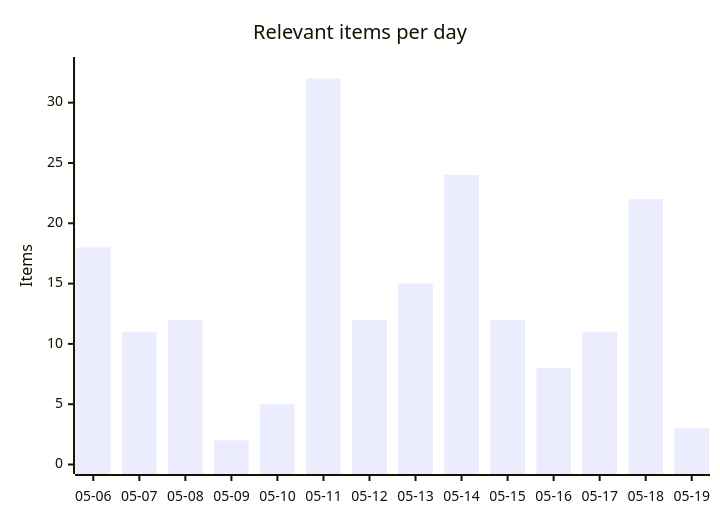
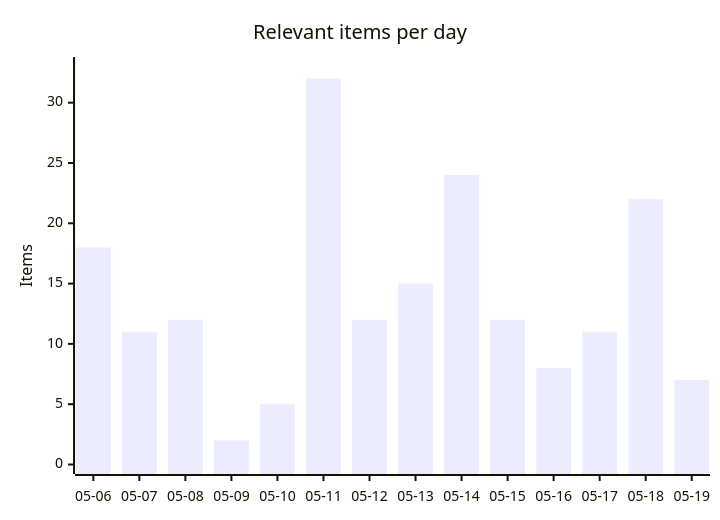
Before and after one commit to martinbalfanz/social-scanner-reports: the first of 4 diagrams in README.md, drawn with Mermaid. The commit also changed other lines of this file and 2 other files, not shown here.

````diff
--- a/README.md
+++ b/README.md
@@ -30,7 +30,7 @@
 ```mermaid
 xychart-beta
     title "Relevant items per day"
     x-axis ["05-06", "05-07", "05-08", "05-09", "05-10", "05-11", "05-12", "05-13", "05-14", "05-15", "05-16", "05-17", "05-18", "05-19"]
     y-axis "Items" 0 --> 33
-    bar [18, 11, 12, 2, 5, 32, 12, 15, 24, 12, 8, 11, 22, 3]
+    bar [18, 11, 12, 2, 5, 32, 12, 15, 24, 12, 8, 11, 22, 7]
 ```
````
